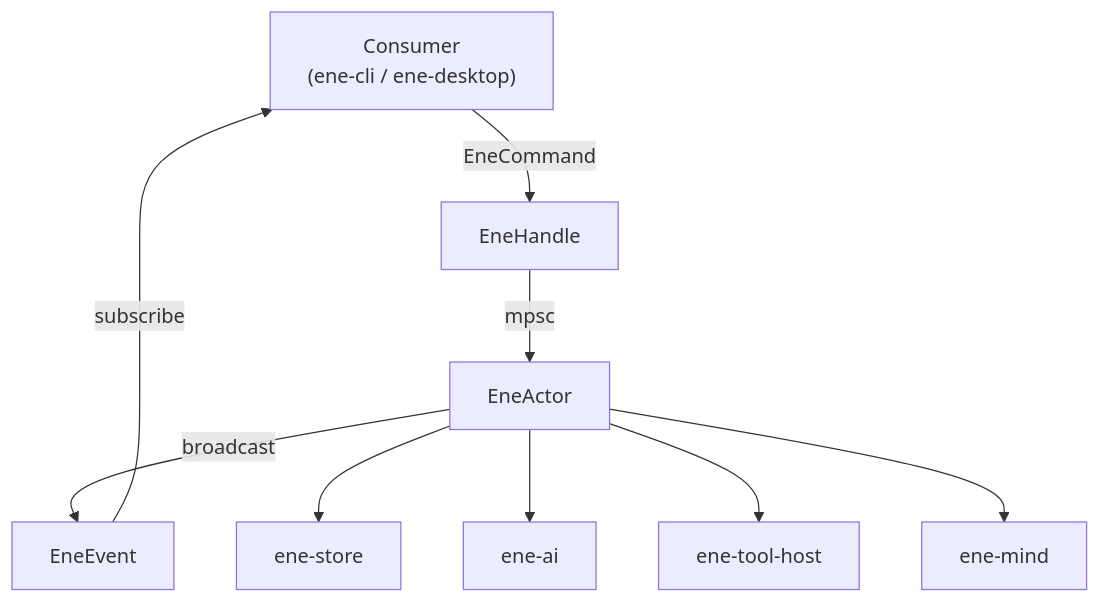
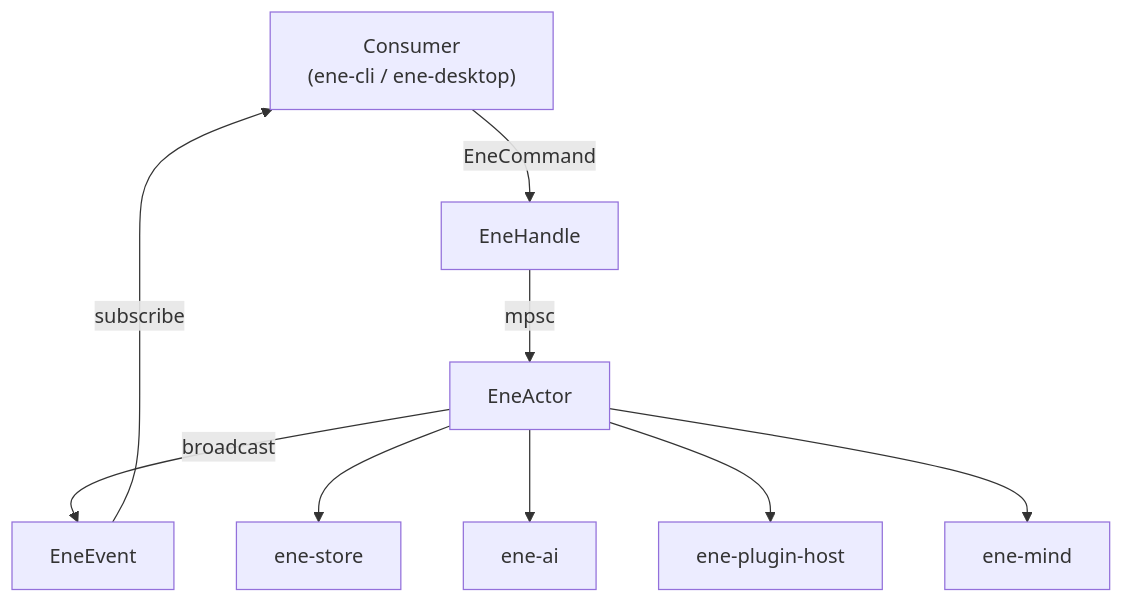
One commit to pexisgle/ene changed the first of 2 diagrams in docs/reference/api/ene-runtime.md. Above: the diagram before and after it, drawn with Mermaid. The commit also changed other lines of this file and 68 other files, not shown here.

````diff
--- a/docs/reference/api/ene-runtime.md
+++ b/docs/reference/api/ene-runtime.md
@@ -16,11 +16,11 @@
 ```mermaid
 flowchart TD
     App["Consumer\n(ene-cli / ene-desktop)"] -->|EneCommand| Handle[EneHandle]
     Handle -->|mpsc| Actor[EneActor]
     Actor -->|broadcast| Events[EneEvent]
     Events -->|subscribe| App
     Actor --> Memory[ene-store]
     Actor --> Provider[ene-ai]
-    Actor --> ToolHost[ene-tool-host]
+    Actor --> ToolHost[ene-plugin-host]
     Actor --> Cognition[ene-mind]
 ```
````
